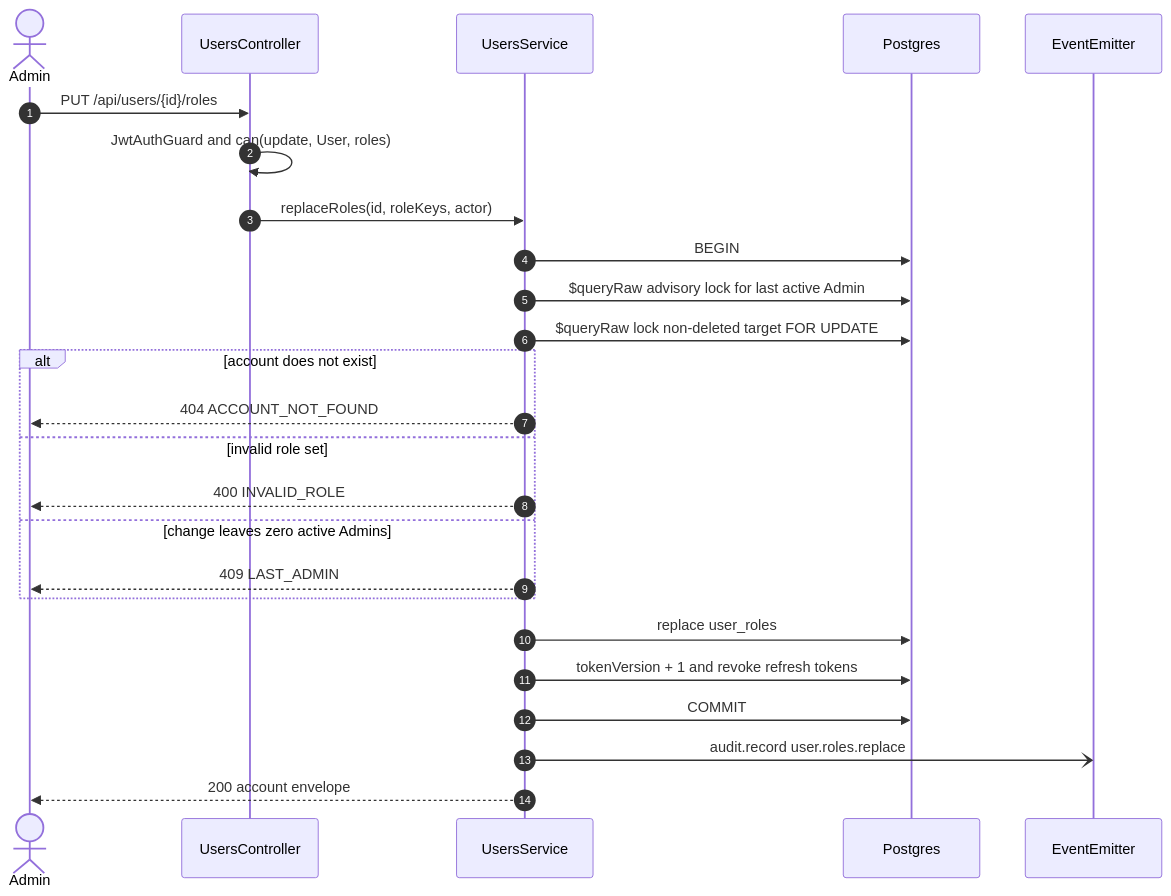
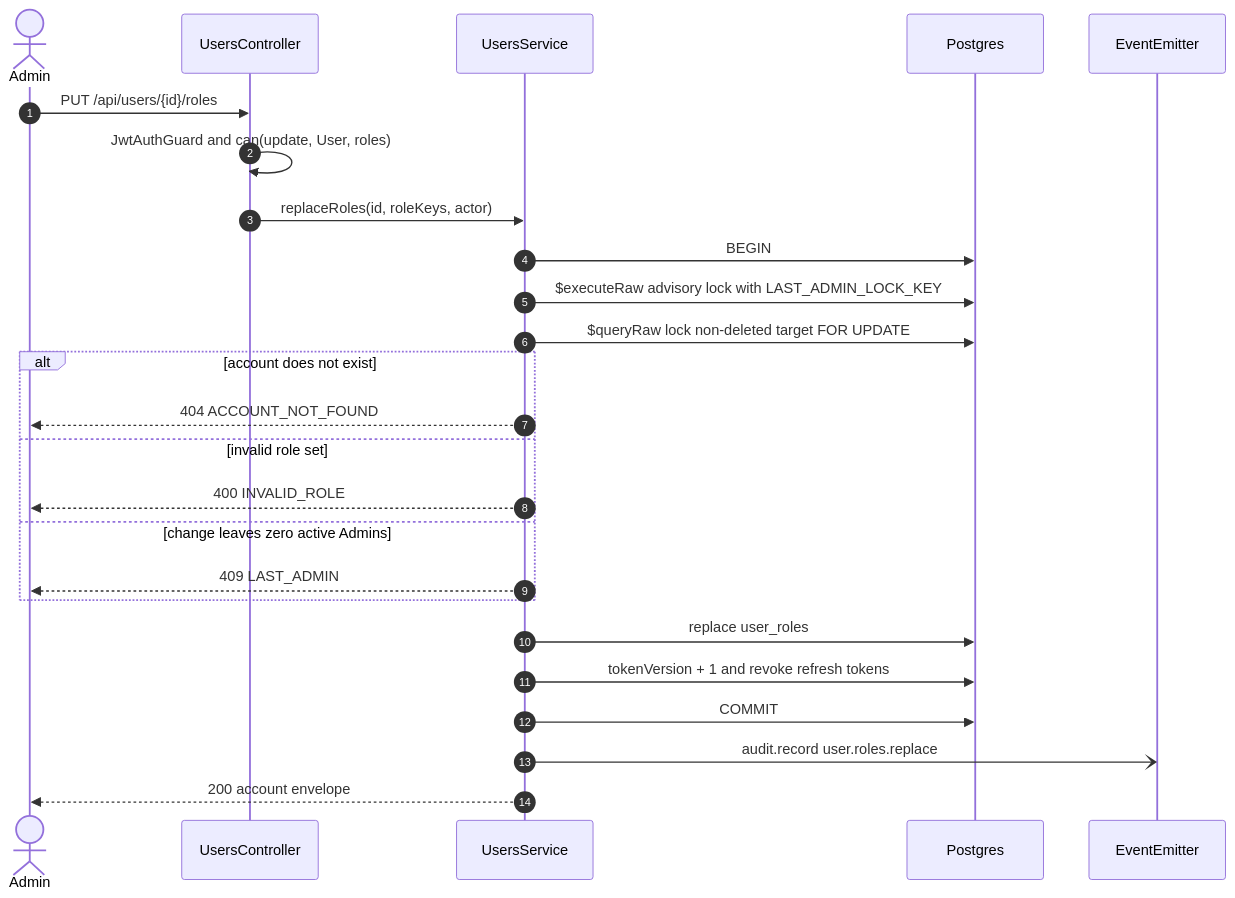
One commit to TrekLink-Team/treklink-web changed the fifth of 6 diagrams in specs/auth/design.md. Above: the diagram before and after it, drawn with Mermaid. The commit also changed other lines of this file and 3 other files, not shown here.

Commit message:
docs(TK-22): use executable advisory lock

````diff
--- a/specs/auth/design.md
+++ b/specs/auth/design.md
@@ -428,27 +430,27 @@
 ```mermaid
 sequenceDiagram
     autonumber
     actor A as Admin
     participant C as UsersController
     participant U as UsersService
     participant DB as Postgres
     participant E as EventEmitter
     A->>C: PUT /api/users/{id}/roles
     C->>C: JwtAuthGuard and can(update, User, roles)
     C->>U: replaceRoles(id, roleKeys, actor)
     U->>DB: BEGIN
-    U->>DB: $queryRaw advisory lock for last active Admin
+    U->>DB: $executeRaw advisory lock with LAST_ADMIN_LOCK_KEY
     U->>DB: $queryRaw lock non-deleted target FOR UPDATE
     alt account does not exist
         U-->>A: 404 ACCOUNT_NOT_FOUND
     else invalid role set
         U-->>A: 400 INVALID_ROLE
     else change leaves zero active Admins
         U-->>A: 409 LAST_ADMIN
     end
     U->>DB: replace user_roles
     U->>DB: tokenVersion + 1 and revoke refresh tokens
     U->>DB: COMMIT
     U-)E: audit.record user.roles.replace
     U-->>A: 200 account envelope
 ```
````
